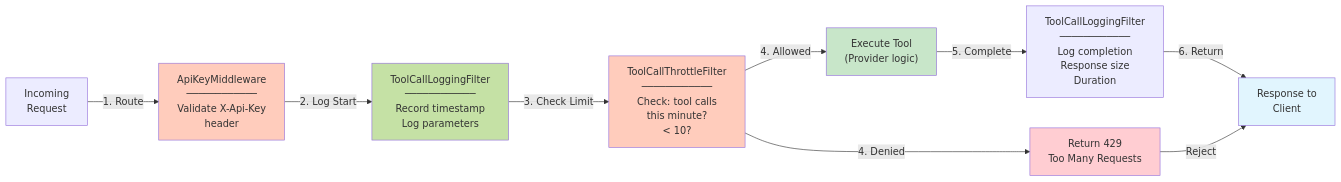
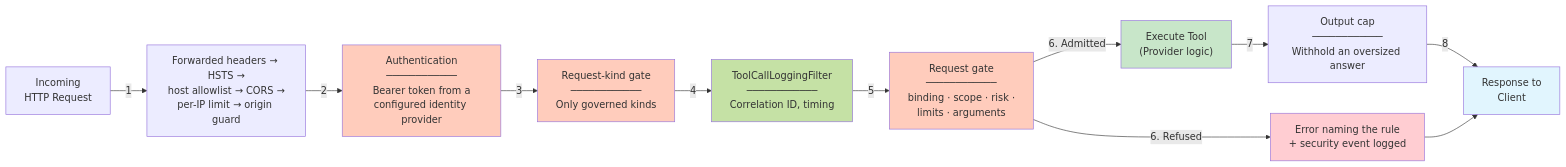
Before and after one commit to oskarc/MCPExtensibleTemplate: the fifth of 10 diagrams in docs/02-ARCHITECTURE-FLOWCHARTS.md, drawn with Mermaid. The commit also changed other lines of this file and 24 other files, not shown here.

````diff
--- a/docs/02-ARCHITECTURE-FLOWCHARTS.md
+++ b/docs/02-ARCHITECTURE-FLOWCHARTS.md
@@ -198,24 +191,29 @@
 ```mermaid
 graph LR
-    Request["Incoming<br/>Request"] -->|1. Route| Auth["ApiKeyMiddleware<br/>────────────<br/>Validate X-Api-Key<br/>header"]
-    
-    Auth -->|2. Log Start| Logger["ToolCallLoggingFilter<br/>────────────<br/>Record timestamp<br/>Log parameters"]
-    
-    Logger -->|3. Check Limit| RateLimit["ToolCallThrottleFilter<br/>────────────<br/>Check: tool calls<br/>this minute?<br/>< 10?"]
-    
-    RateLimit -->|4. Allowed| Execute["Execute Tool<br/>(Provider logic)"]
-    RateLimit -->|4. Denied| TooMany["Return 429<br/>Too Many Requests"]
-    
-    Execute -->|5. Complete| LogEnd["ToolCallLoggingFilter<br/>────────────<br/>Log completion<br/>Response size<br/>Duration"]
-    
-    LogEnd -->|6. Return| Response["Response to<br/>Client"]
-    
-    TooMany -->|Reject| Response
+    Request["Incoming<br/>HTTP Request"] -->|1| Pipeline["Forwarded headers → HSTS →<br/>host allowlist → CORS →<br/>per-IP limit → origin guard"]
+
+    Pipeline -->|2| Auth["Authentication<br/>────────────<br/>Bearer token from a<br/>configured identity provider"]
+
+    Auth -->|3| Kinds["Request-kind gate<br/>────────────<br/>Only governed kinds"]
+
+    Kinds -->|4| Logger["ToolCallLoggingFilter<br/>────────────<br/>Correlation ID, timing"]
+
+    Logger -->|5| Gate["Request gate<br/>────────────<br/>binding · scope · risk ·<br/>limits · arguments"]
+
+    Gate -->|6. Admitted| Execute["Execute Tool<br/>(Provider logic)"]
+    Gate -->|6. Refused| Refused["Error naming the rule<br/>+ security event logged"]
+
+    Execute -->|7| Cap["Output cap<br/>────────────<br/>Withhold an oversized answer"]
+
+    Cap -->|8| Response["Response to<br/>Client"]
+
+    Refused --> Response
 
     style Auth fill:#ffccbc
+    style Kinds fill:#ffccbc
     style Logger fill:#c5e1a5
-    style RateLimit fill:#ffccbc
+    style Gate fill:#ffccbc
     style Execute fill:#c8e6c9
-    style TooMany fill:#ffcdd2
+    style Refused fill:#ffcdd2
     style Response fill:#e1f5fe
 ```
````
